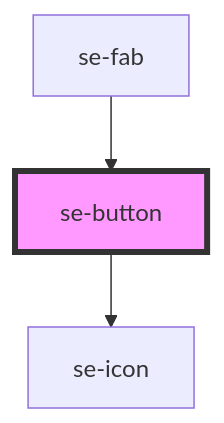
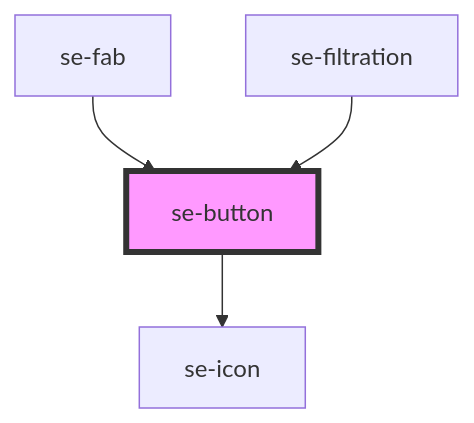
The diagram in libs/core/src/components/button/readme.md (robbiemcmullense/se-web-ui), drawn with Mermaid before and after one commit. The commit also changed other lines of this file and 12 other files, not shown here.

````diff
--- a/libs/core/src/components/button/readme.md
+++ b/libs/core/src/components/button/readme.md
@@ -71,6 +72,7 @@
 ```mermaid
 graph TD;
   se-button --> se-icon
   se-fab --> se-button
+  se-filtration --> se-button
   style se-button fill:#f9f,stroke:#333,stroke-width:4px
 ```
````
